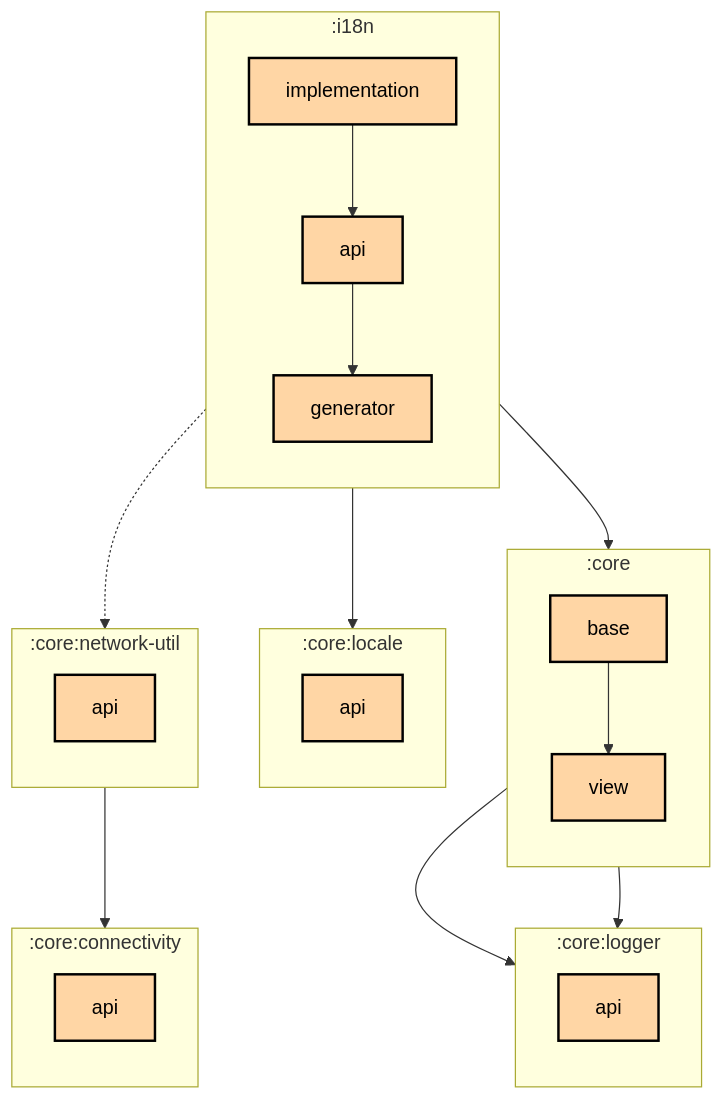
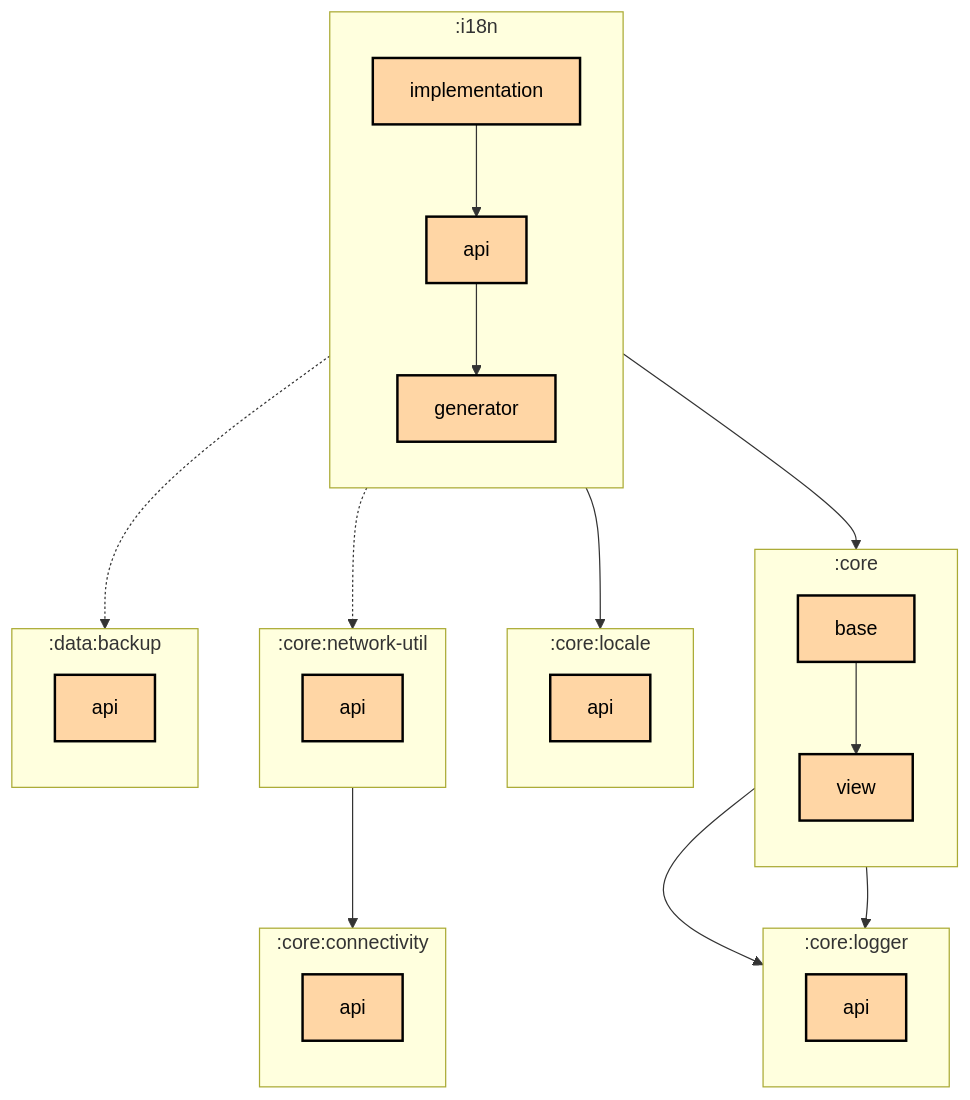
Before and after one commit to thomaskioko/tv-maniac: the first of 2 diagrams in i18n/implementation/README.md, drawn with Mermaid. The commit also changed 2 other files, not shown here.

Commit message:
Map backup failures to their messages

````diff
--- a/i18n/implementation/README.md
+++ b/i18n/implementation/README.md
@@ -6,46 +6,51 @@
 ```mermaid
 graph TB
   subgraph :core
     direction TB
     :core:base[base]:::multiplatform
     :core:view[view]:::multiplatform
   end
   subgraph :core:connectivity
     direction TB
     :core:connectivity:api[api]:::multiplatform
   end
   subgraph :core:locale
     direction TB
     :core:locale:api[api]:::multiplatform
   end
   subgraph :core:logger
     direction TB
     :core:logger:api[api]:::multiplatform
   end
   subgraph :core:network-util
     direction TB
     :core:network-util:api[api]:::multiplatform
   end
+  subgraph :data:backup
+    direction TB
+    :data:backup:api[api]:::multiplatform
+  end
   subgraph :i18n
     direction TB
     :i18n:api[api]:::multiplatform
     :i18n:generator[generator]:::multiplatform
     :i18n:implementation[implementation]:::multiplatform
   end
 
   :core:base --> :core:logger:api
   :core:base --> :core:view
   :core:network-util:api --> :core:connectivity:api
   :core:view --> :core:logger:api
   :i18n:api --> :i18n:generator
   :i18n:implementation --> :core:base
   :i18n:implementation --> :core:locale:api
   :i18n:implementation -.-> :core:network-util:api
+  :i18n:implementation -.-> :data:backup:api
   :i18n:implementation --> :i18n:api
 
 classDef application fill:#CAFFBF,stroke:#000,stroke-width:2px,color:#000;
 classDef multiplatform fill:#FFD6A5,stroke:#000,stroke-width:2px,color:#000;
 classDef android-library fill:#9BF6FF,stroke:#000,stroke-width:2px,color:#000;
 classDef jvm-library fill:#BDB2FF,stroke:#000,stroke-width:2px,color:#000;
 classDef unknown fill:#FFADAD,stroke:#000,stroke-width:2px,color:#000;
 ```
````
